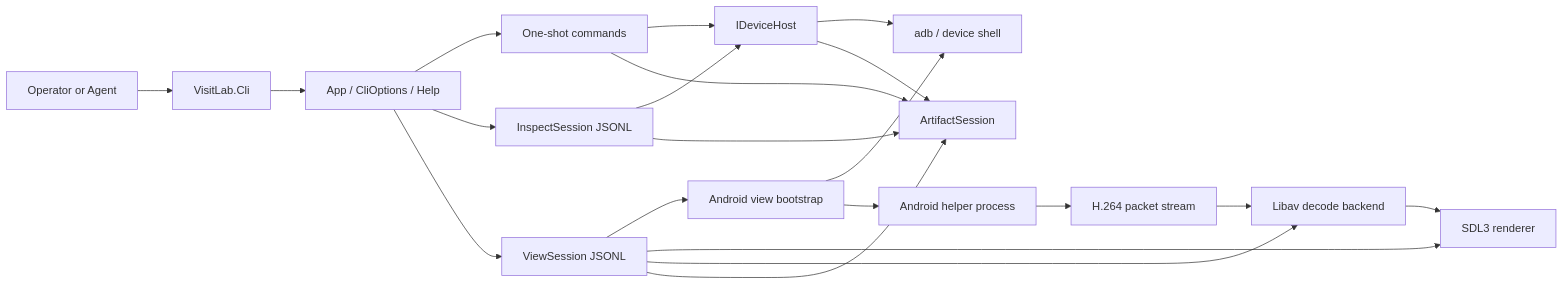
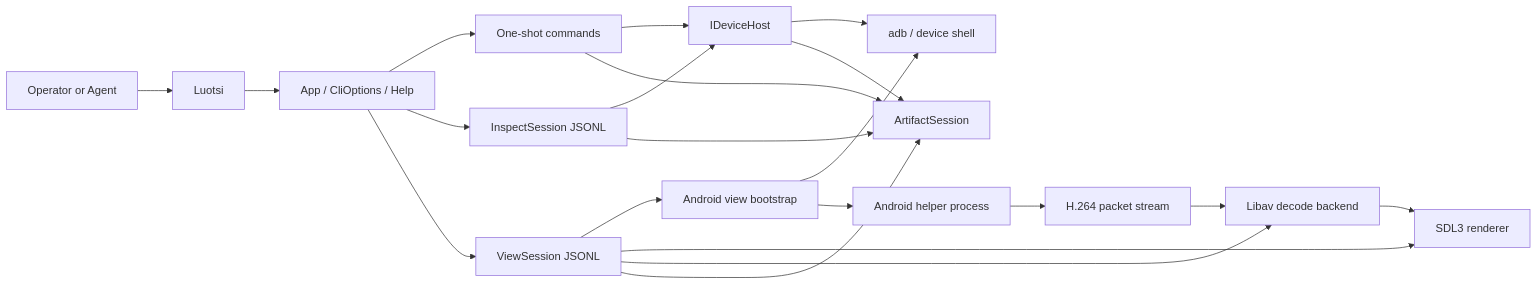
The first of 2 diagrams in docs/architecture.md (digablesolutions/luotsi), drawn with Mermaid before and after one commit. The commit also changed other lines of this file and 112 other files, not shown here.

````diff
--- a/docs/architecture.md
+++ b/docs/architecture.md
@@ -15,25 +15,25 @@
 ```mermaid
 flowchart LR
-    User[Operator or Agent] --> CLI[VisitLab.Cli]
+  User[Operator or Agent] --> CLI[Luotsi]
     CLI --> App[App / CliOptions / Help]
     App --> Commands[One-shot commands]
     App --> Inspect[InspectSession JSONL]
     App --> View[ViewSession JSONL]
 
     Commands --> Host[IDeviceHost]
     Inspect --> Host
     View --> Bootstrap[Android view bootstrap]
     View --> Renderer[SDL3 renderer]
     View --> Backend[Libav decode backend]
 
     Host --> Adb[adb / device shell]
     Bootstrap --> Adb
     Bootstrap --> Helper[Android helper process]
     Helper --> Stream[H.264 packet stream]
     Stream --> Backend
     Backend --> Renderer
     Host --> Artifacts[ArtifactSession]
     View --> Artifacts
     Commands --> Artifacts
     Inspect --> Artifacts
 ```
````
